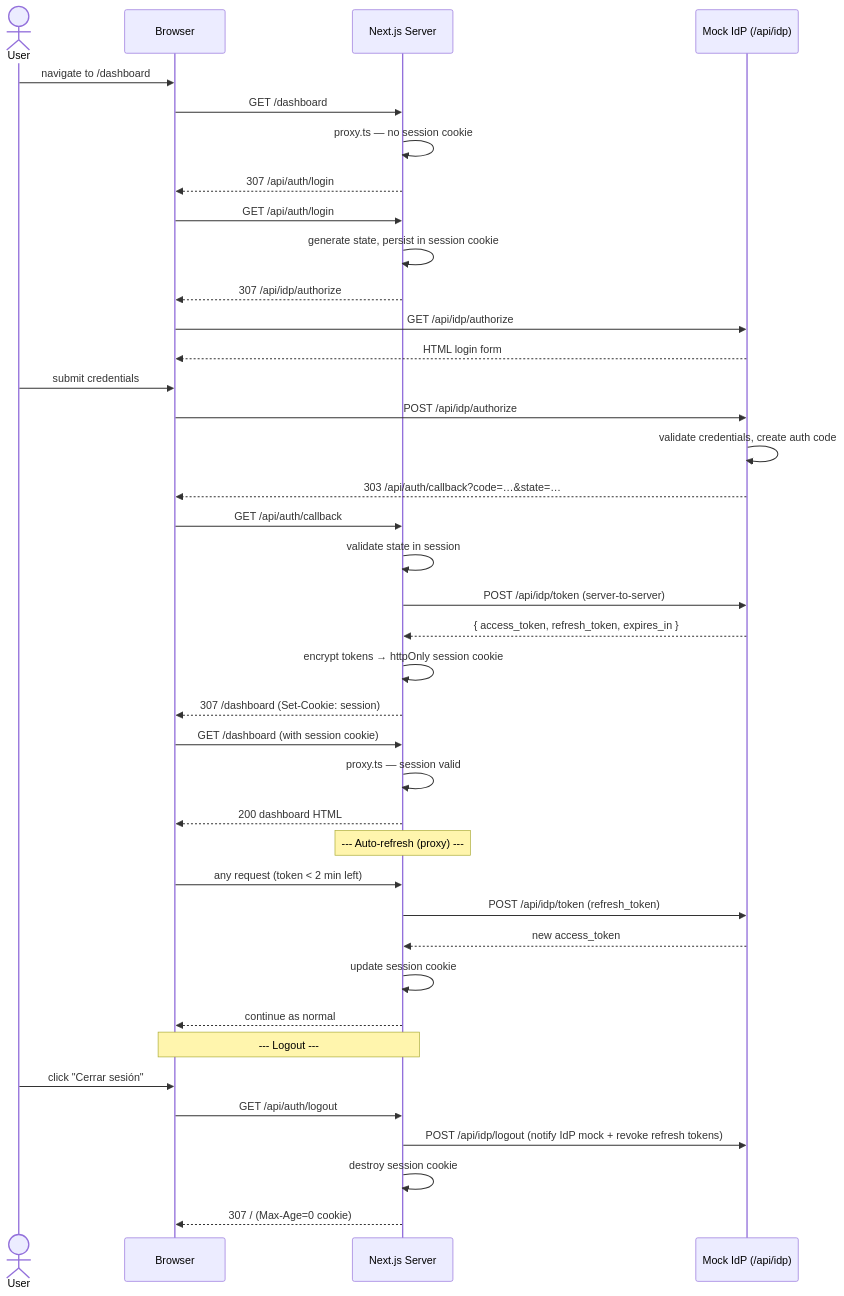
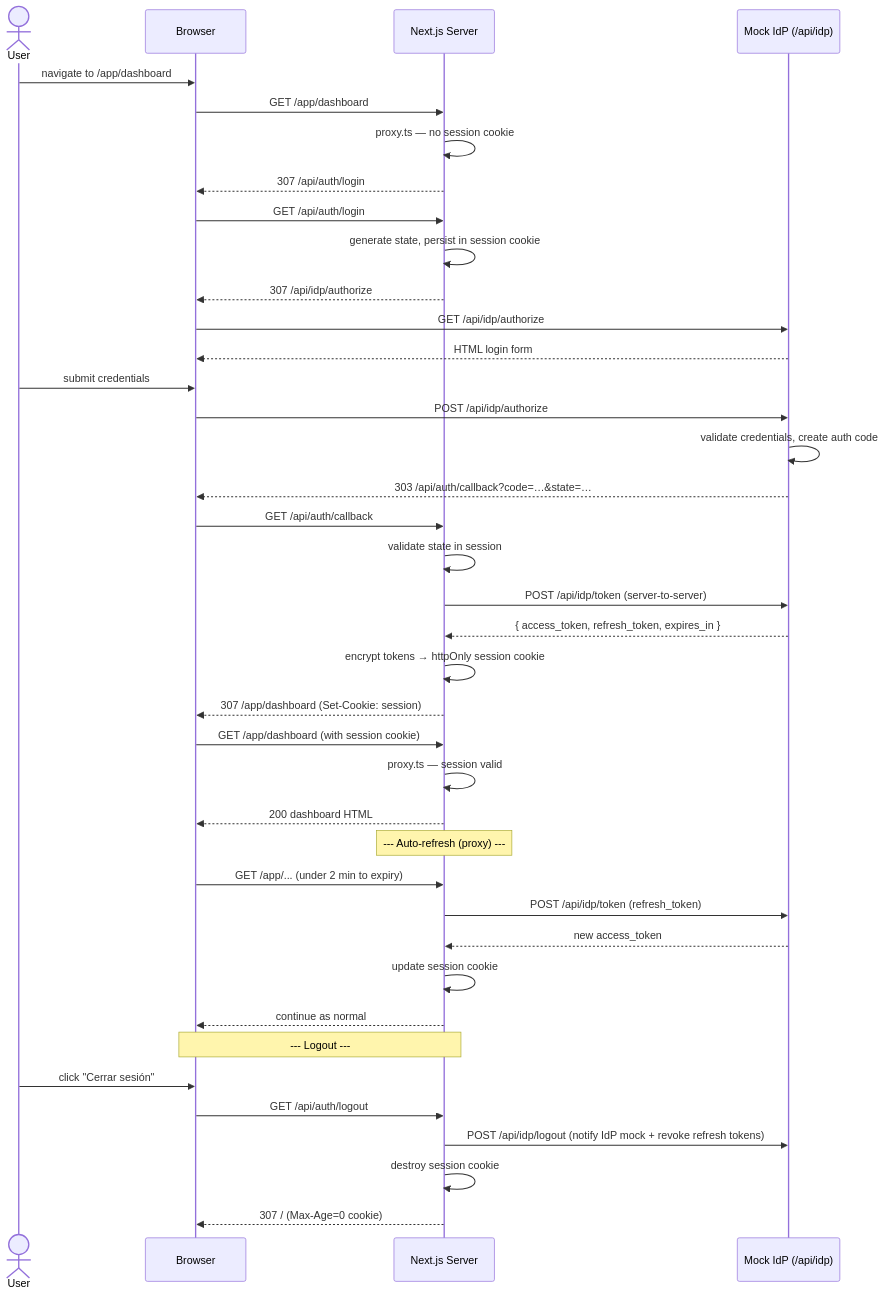
Before and after one commit to joancifo/decathlon-prueba-tecnica: the diagram in README.md, drawn with Mermaid. The commit also changed other lines of this file, not shown here.

Commit message:
docs(README): expand architecture overview and clarify routing structure

````diff
--- a/README.md
+++ b/README.md
@@ -22,49 +30,49 @@
 ```mermaid
 sequenceDiagram
     actor User
     participant Browser
     participant Next as Next.js Server
     participant IdP as Mock IdP (/api/idp)
 
-    User->>Browser: navigate to /dashboard
-    Browser->>Next: GET /dashboard
+    User->>Browser: navigate to /app/dashboard
+    Browser->>Next: GET /app/dashboard
     Next->>Next: proxy.ts — no session cookie
     Next-->>Browser: 307 /api/auth/login
 
     Browser->>Next: GET /api/auth/login
     Next->>Next: generate state, persist in session cookie
     Next-->>Browser: 307 /api/idp/authorize
 
     Browser->>IdP: GET /api/idp/authorize
     IdP-->>Browser: HTML login form
 
     User->>Browser: submit credentials
     Browser->>IdP: POST /api/idp/authorize
     IdP->>IdP: validate credentials, create auth code
     IdP-->>Browser: 303 /api/auth/callback?code=…&state=…
 
     Browser->>Next: GET /api/auth/callback
     Next->>Next: validate state in session
     Next->>IdP: POST /api/idp/token (server-to-server)
     IdP-->>Next: { access_token, refresh_token, expires_in }
     Next->>Next: encrypt tokens → httpOnly session cookie
-    Next-->>Browser: 307 /dashboard (Set-Cookie: session)
+    Next-->>Browser: 307 /app/dashboard (Set-Cookie: session)
 
-    Browser->>Next: GET /dashboard (with session cookie)
+    Browser->>Next: GET /app/dashboard (with session cookie)
     Next->>Next: proxy.ts — session valid
     Next-->>Browser: 200 dashboard HTML
 
     note over Next: --- Auto-refresh (proxy) ---
-    Browser->>Next: any request (token < 2 min left)
+    Browser->>Next: GET /app/... (under 2 min to expiry)
     Next->>IdP: POST /api/idp/token (refresh_token)
     IdP-->>Next: new access_token
     Next->>Next: update session cookie
     Next-->>Browser: continue as normal
 
     note over Browser,Next: --- Logout ---
     User->>Browser: click "Cerrar sesión"
     Browser->>Next: GET /api/auth/logout
     Next->>IdP: POST /api/idp/logout (notify IdP mock + revoke refresh tokens)
     Next->>Next: destroy session cookie
     Next-->>Browser: 307 / (Max-Age=0 cookie)
 ```
````
